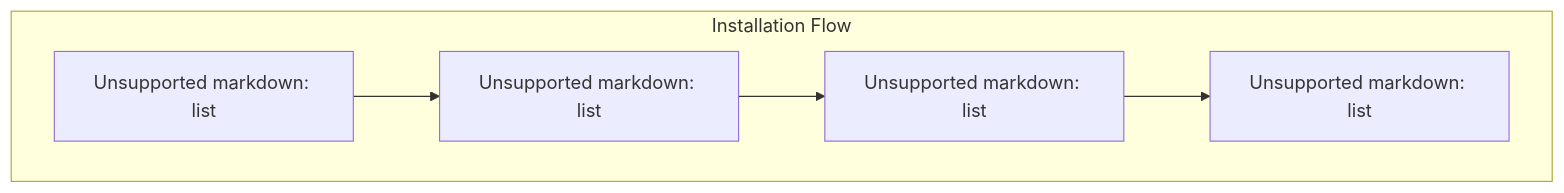
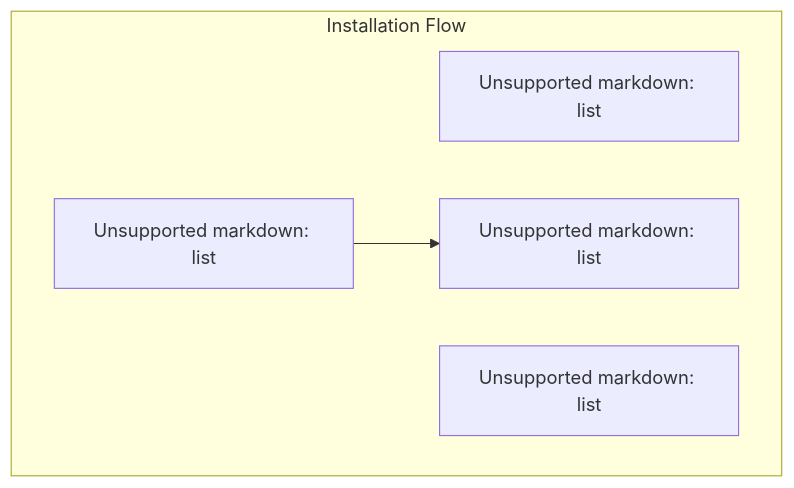
One commit to openchoreo/openchoreo changed the second of 5 diagrams in docs/deepwiki/Multi-Cluster-Installation.md. Above: the diagram before and after it, drawn with Mermaid. The commit also changed other lines of this file and 85 other files, not shown here.

Commit message:
feat: Add new workflow and specification templates, update Helm chart dependencies, and clarify documentation diagrams.

````diff
--- a/docs/deepwiki/Multi-Cluster-Installation.md
+++ b/docs/deepwiki/Multi-Cluster-Installation.md
@@ -164,18 +164,16 @@
 ```mermaid
 flowchart TD
 
 CP_Install["Unsupported markdown: list"]
 DP_Install["Unsupported markdown: list"]
 Verify["Unsupported markdown: list"]
 AddDP["Unsupported markdown: list"]
 
 subgraph subGraph0 ["Installation Flow"]
     CP_Install
     DP_Install
     Verify
     AddDP
-    CP_Install --> DP_Install
-    DP_Install --> Verify
     Verify --> AddDP
 end
 ```
````
